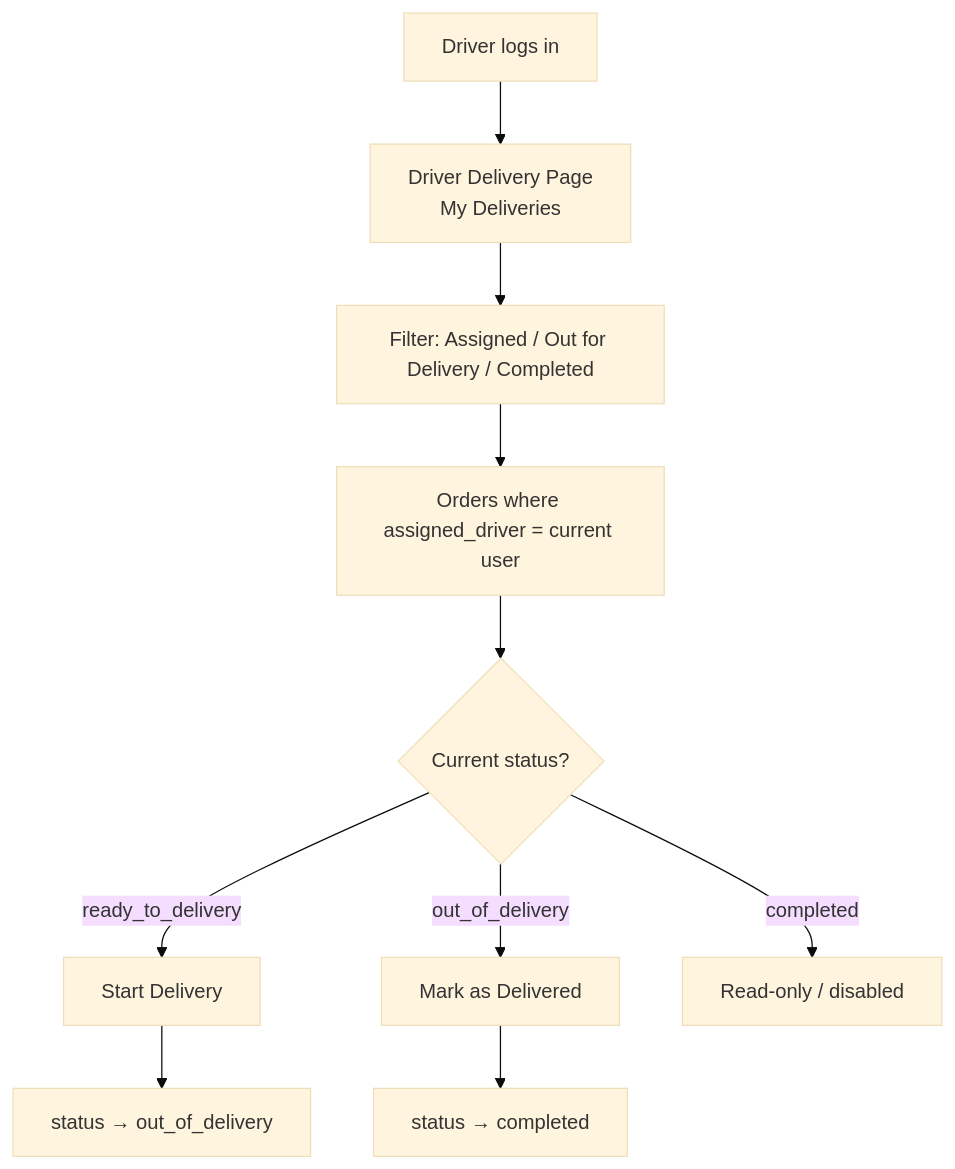
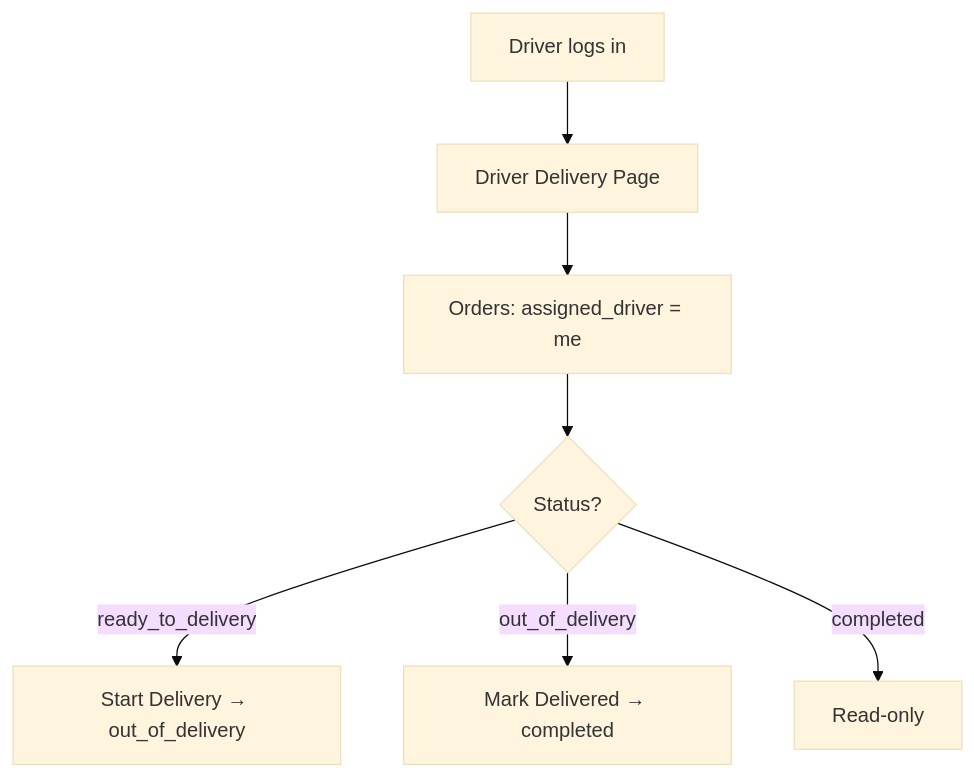
One commit to kahliantoo-rgb/tfg_vday changed the sixth of 10 diagrams in docs/WORKFLOW.md. Above: the diagram before and after it, drawn with Mermaid (base theme). The commit also changed other lines of this file and 13 other files, not shown here.

````diff
--- a/docs/WORKFLOW.md
+++ b/docs/WORKFLOW.md
@@ -159,12 +169,9 @@
 ```mermaid
 flowchart TD
-    A[Driver logs in] --> B[Driver Delivery Page<br/>My Deliveries]
-    B --> C[Filter: Assigned / Out for Delivery / Completed]
-    C --> D[Orders where assigned_driver = current user]
-    D --> E{Current status?}
-    E -->|ready_to_delivery| F[Start Delivery]
-    F --> G[status → out_of_delivery]
-    E -->|out_of_delivery| H[Mark as Delivered]
-    H --> I[status → completed]
-    E -->|completed| J[Read-only / disabled]
+    A[Driver logs in] --> B[Driver Delivery Page]
+    B --> C[Orders: assigned_driver = me]
+    C --> D{Status?}
+    D -->|ready_to_delivery| E[Start Delivery → out_of_delivery]
+    D -->|out_of_delivery| F[Mark Delivered → completed]
+    D -->|completed| G[Read-only]
 ```
````
